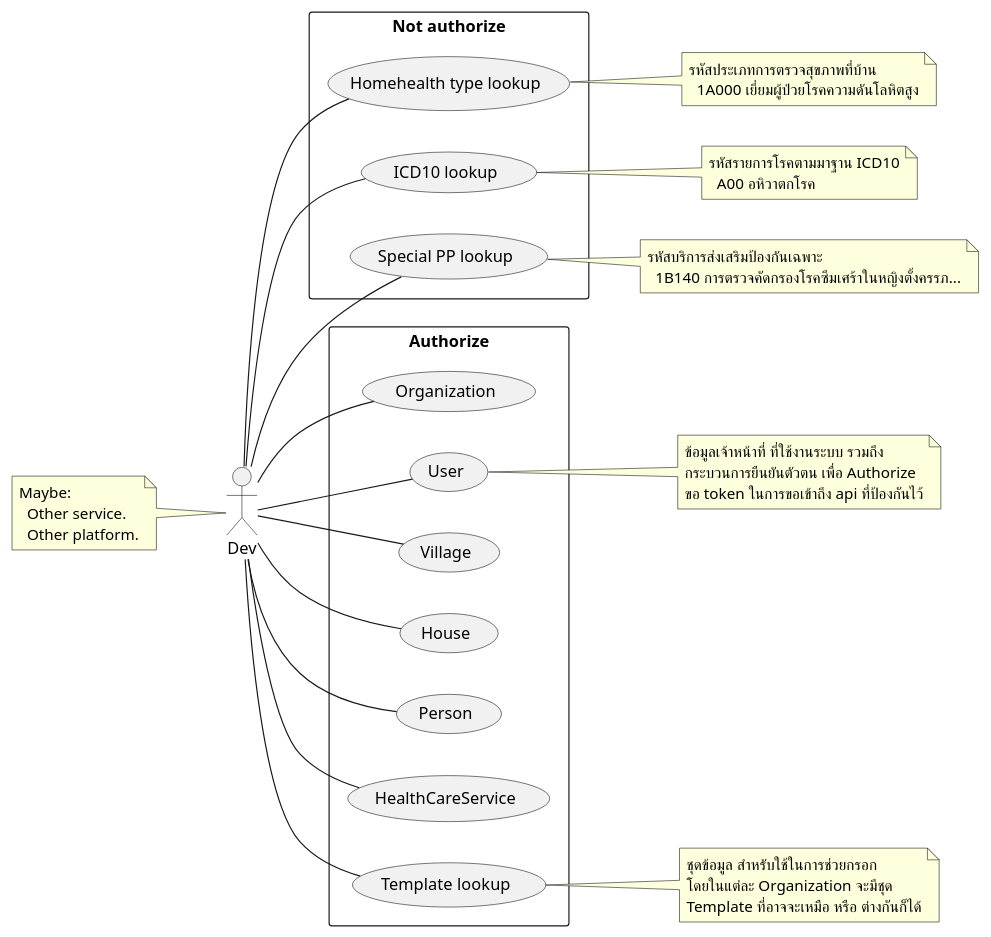
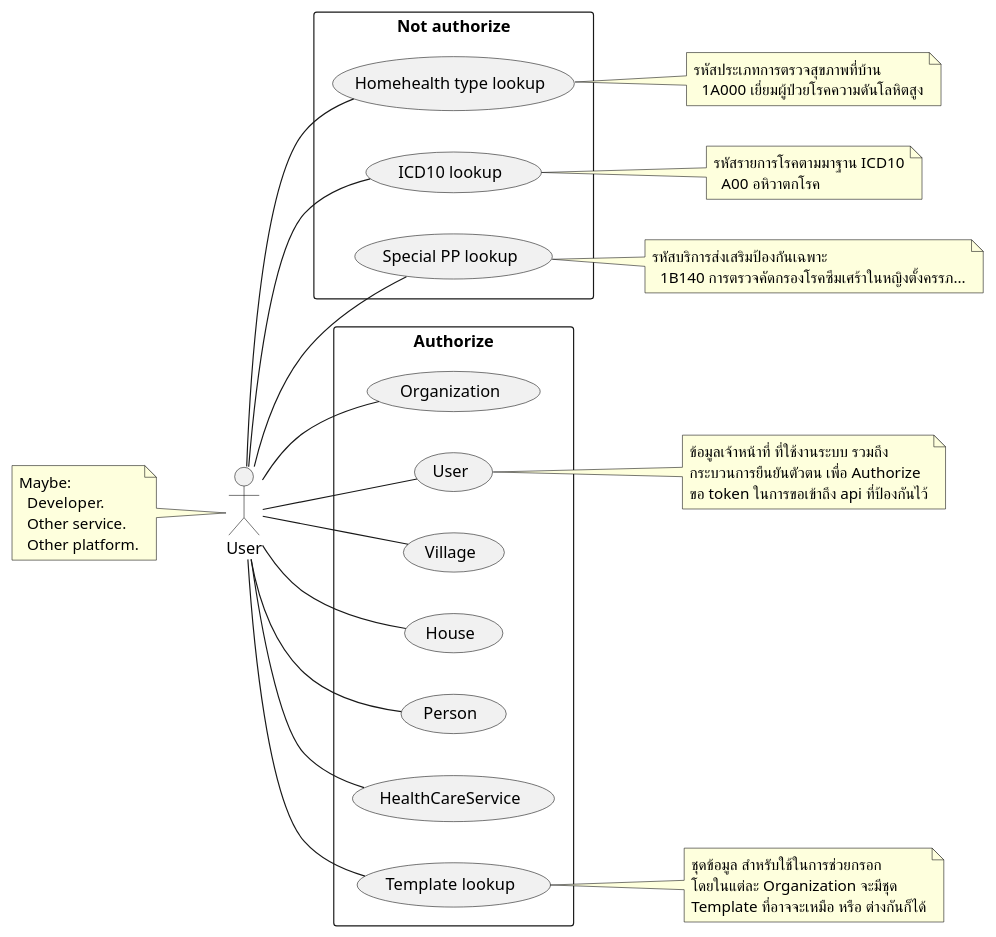
One commit to ffc-nectec/api-doc changed the diagram in uml/intro.plantuml. Above: the diagram before and after it, drawn with PlantUML. The commit also changed 1 other file, not shown here.

Commit message:
update doc intro.plantuml

```diff
--- a/uml/intro.plantuml
+++ b/uml/intro.plantuml
@@ -1,54 +1,55 @@
 @startuml
 left to right direction
 
-:Dev: as Dev
+:User: as Dev
 note left of Dev
 Maybe:
+  Developer.
   Other service.
   Other platform.
 end note
 
 rectangle "Not authorize" {
   Dev -- (Homehealth type lookup)
   Dev -- (ICD10 lookup)
   Dev -- (Special PP lookup)
 }
 
 note right of (Homehealth type lookup)
 รหัสประเภทการตรวจสุขภาพที่บ้าน
   1A000 เยี่ยมผู้ป่วยโรคความดันโลหิตสูง
 endnote
 
 note right of (ICD10 lookup)
 รหัสรายการโรคตามมาฐาน ICD10
   A00 อหิวาตกโรค
 endnote
 
 note right of (Special PP lookup)
 รหัสบริการส่งเสริมป้องกันเฉพาะ
   1B140 การตรวจคัดกรองโรคซึมเศร้าในหญิงตั้งครรภ...
 endnote
 
 rectangle Authorize {
   Dev -- (Organization)
   Dev -- (User)
   Dev -- (Village)
   Dev -- (House)
   Dev -- (Person)
   Dev -- (HealthCareService)
   Dev -- (Template lookup)
 }
 
 note right of (User)
 ข้อมูลเจ้าหน้าที่ ที่ใช้งานระบบ รวมถึง
 กระบวนการยืนยันตัวตน เพื่อ Authorize
 ขอ token ในการขอเข้าถึง api ที่ป้องกันไว้
 endnote
 
 note right of (Template lookup)
 ชุดข้อมูล สำหรับใช้ในการช่วยกรอก
 โดยในแต่ละ Organization จะมีชุด
 Template ที่อาจจะเหมือ หรือ ต่างกันก็ได้
 endnote
 
 @enduml
```
